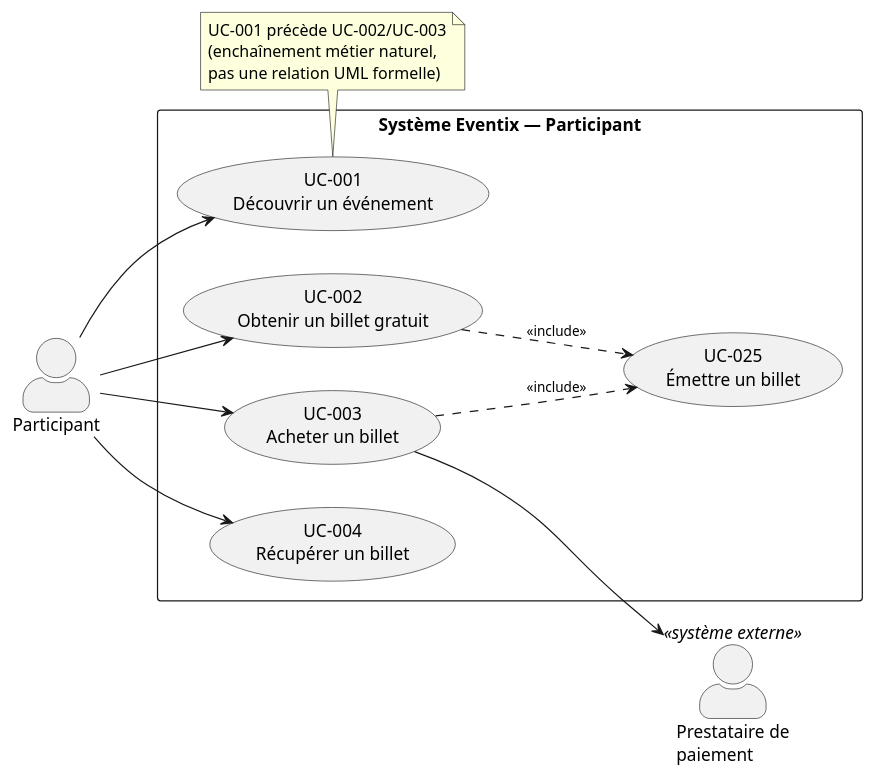
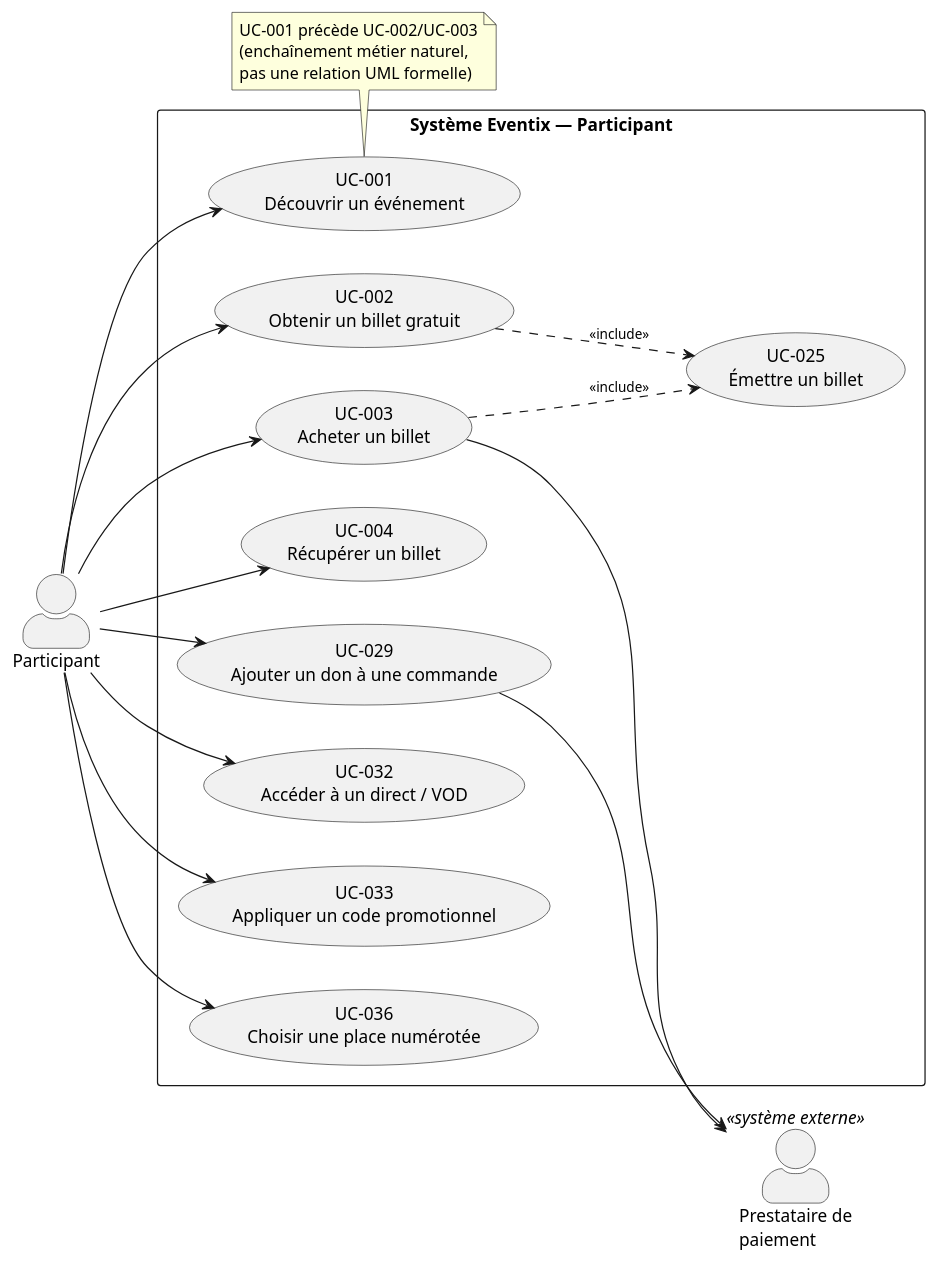
Before and after one commit to SamuHabra/eventix-documentation: the second of 7 diagrams in docs/06-modelisation-uml/diagrammes-de-cas-d-utilisation.md, drawn with PlantUML. The commit also changed other lines of this file and 67 other files, not shown here.

````diff
--- a/docs/06-modelisation-uml/diagrammes-de-cas-d-utilisation.md
+++ b/docs/06-modelisation-uml/diagrammes-de-cas-d-utilisation.md
@@ -189,33 +220,42 @@
 ```plantuml
 @startuml uc-participant
 skinparam actorStyle awesome
 skinparam ArrowFontSize 11
 left to right direction
 
 actor Participant as P
 actor "Prestataire de\npaiement" as PSP <<système externe>>
 
 rectangle "Système Eventix — Participant" {
   usecase "UC-001\nDécouvrir un événement" as UC1
   usecase "UC-002\nObtenir un billet gratuit" as UC2
   usecase "UC-003\nAcheter un billet" as UC3
   usecase "UC-004\nRécupérer un billet" as UC4
+  usecase "UC-029\nAjouter un don à une commande" as UC29
+  usecase "UC-032\nAccéder à un direct / VOD" as UC32
+  usecase "UC-033\nAppliquer un code promotionnel" as UC33
+  usecase "UC-036\nChoisir une place numérotée" as UC36
   usecase "UC-025\nÉmettre un billet" as UC25
 }
 
 P --> UC1
 P --> UC2
 P --> UC3
 P --> UC4
+P --> UC29
+P --> UC32
+P --> UC33
+P --> UC36
 UC3 --> PSP
+UC29 --> PSP
 
 UC2 .down.> UC25 : <<include>>
 UC3 .down.> UC25 : <<include>>
 
 note bottom of UC1
   UC-001 précède UC-002/UC-003
   (enchaînement métier naturel,
   pas une relation UML formelle)
 end note
 @enduml
 ```
````
